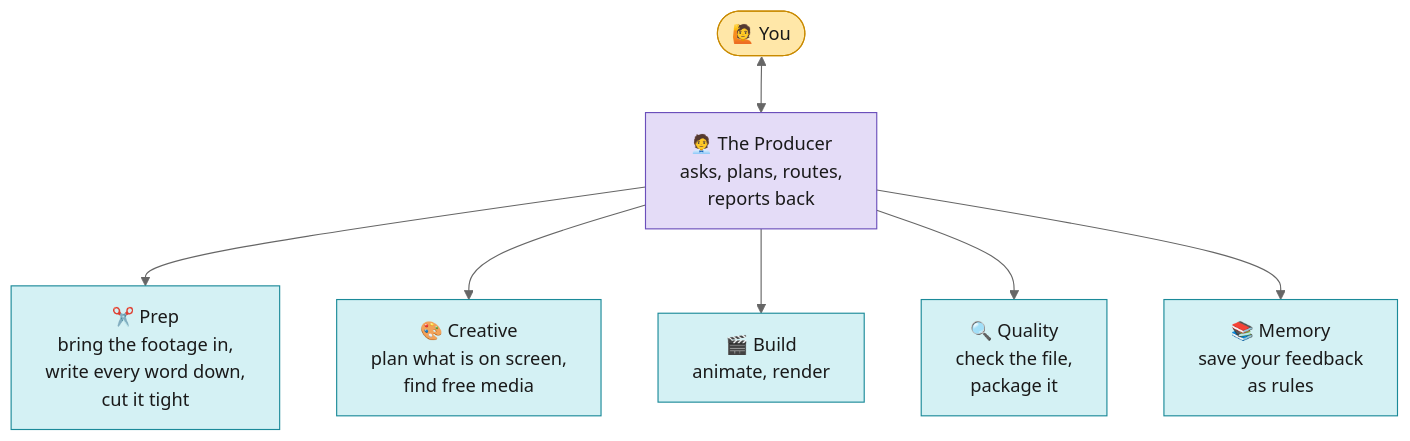
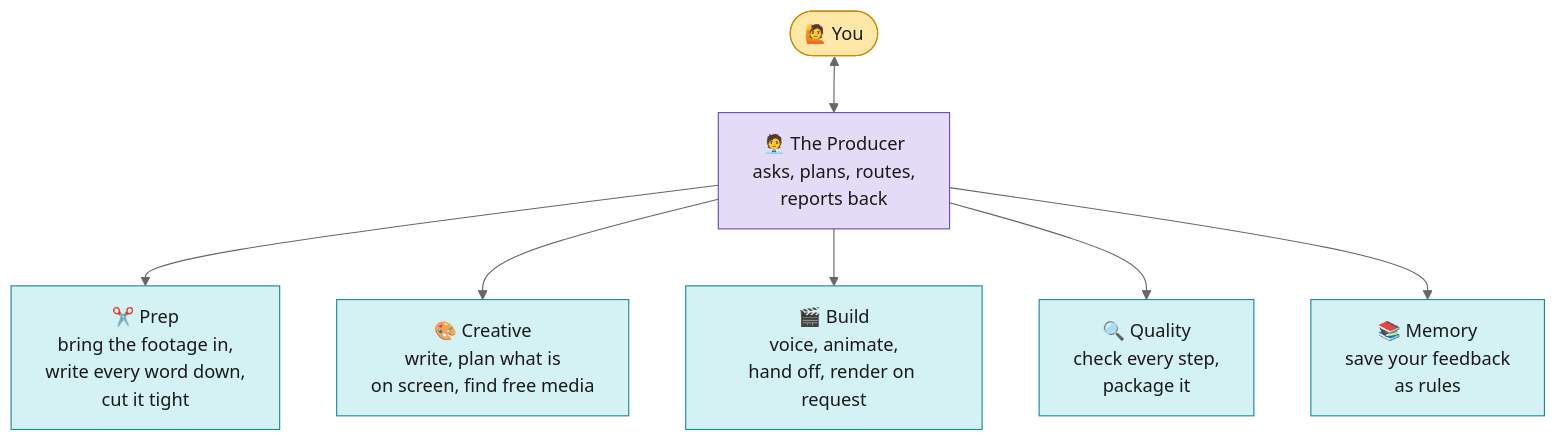
Before and after one commit to harshilsaini26/Video-Workflow: the first of 2 diagrams in README.md, drawn with Mermaid (neutral theme). The commit also changed other lines of this file, not shown here.

````diff
--- a/README.md
+++ b/README.md
@@ -52,12 +58,12 @@
 ```mermaid
 flowchart TD
     YOU(["🙋 You"]):::you <--> P["🧑‍💼 The Producer<br/>asks, plans, routes,<br/>reports back"]:::lead
     P --> A["✂️ Prep<br/>bring the footage in,<br/>write every word down,<br/>cut it tight"]:::team
-    P --> B["🎨 Creative<br/>plan what is on screen,<br/>find free media"]:::team
-    P --> C["🎬 Build<br/>animate, render"]:::team
-    P --> D["🔍 Quality<br/>check the file,<br/>package it"]:::team
+    P --> B["🎨 Creative<br/>write, plan what is<br/>on screen, find free media"]:::team
+    P --> C["🎬 Build<br/>voice, animate,<br/>hand off, render on request"]:::team
+    P --> D["🔍 Quality<br/>check every step,<br/>package it"]:::team
     P --> E["📚 Memory<br/>save your feedback<br/>as rules"]:::team
     classDef you fill:#FFE7A8,stroke:#C98A00,color:#1a1a1a
     classDef team fill:#D4F1F4,stroke:#1B8A99,color:#1a1a1a
     classDef lead fill:#E4DCF7,stroke:#6B4FBB,color:#1a1a1a
 ```
````
